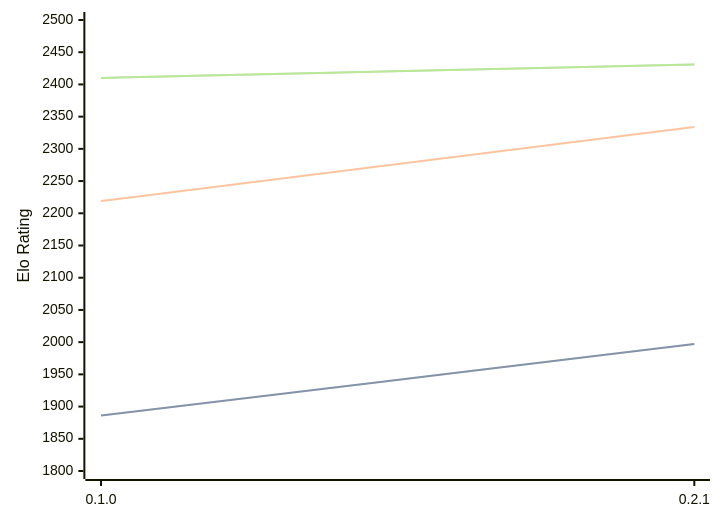
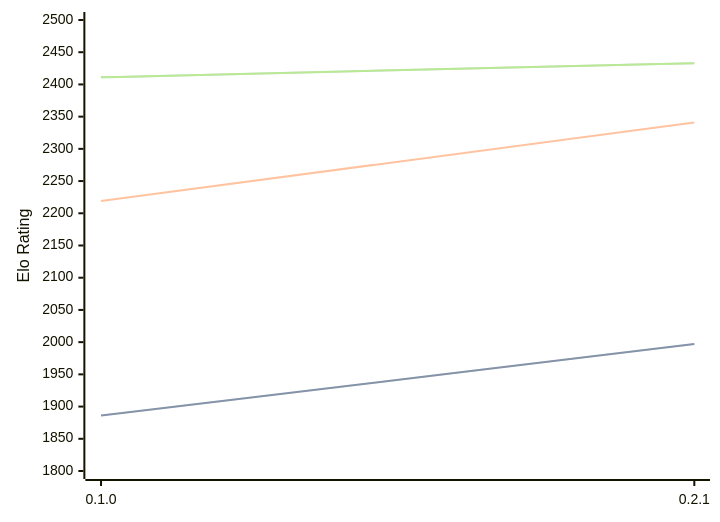
The diagram in engines/Sykora.md (computer-chess-index/cci), drawn with Mermaid before and after one commit. The commit also changed other lines of this file, not shown here.

Commit message:
Update CCI Ratings (ELO VLTC) - 2026-05-22

````diff
--- a/engines/Sykora.md
+++ b/engines/Sykora.md
@@ -33,11 +33,11 @@
 ```mermaid
 %%{init: {"theme":"base","themeVariables":{"seriesColors:['#a3a3a3','#222221','#faa371']}}}%%
 xychart-beta
   x-axis ["0.1.0", "0.2.1"]
   y-axis "Elo Rating" 1800 --> 2500
   line "STC (8.0+0.08s)" [1886, 1997]
   line "STC (8.0+0.08s)" [1886, 1997]
-  line "LTC (60.0+0.60s)" [2219, 2334]
-  line "VLTC (2m24s+1.12s)" [2410, 2431]
-  line "VLTC (2m24s+1.12s)" [2410, 2431]
+  line "LTC (60.0+0.60s)" [2219, 2341]
+  line "VLTC (2m24s+1.12s)" [2411, 2433]
+  line "VLTC (2m24s+1.12s)" [2411, 2433]
 ```
````
